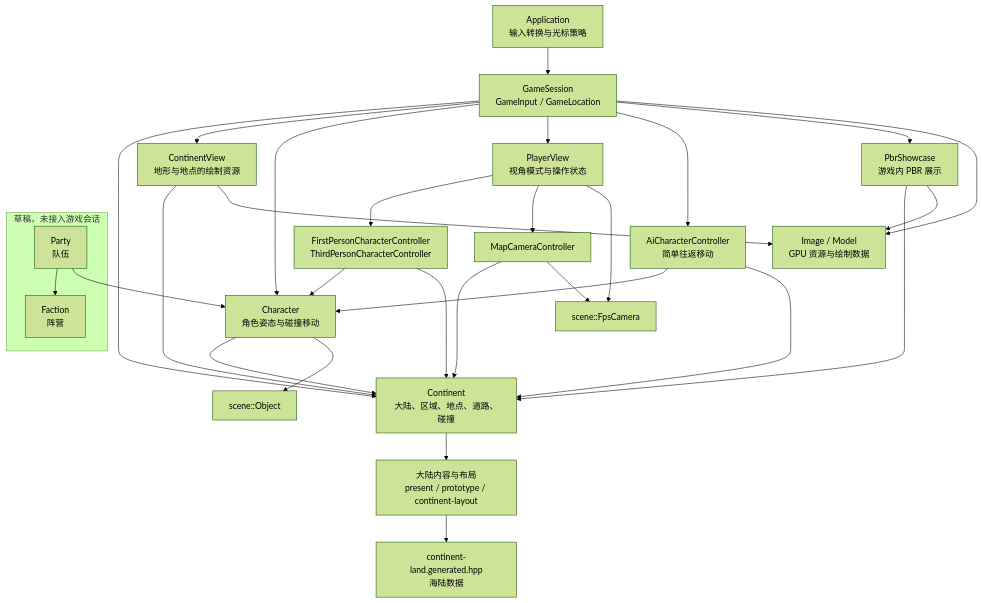
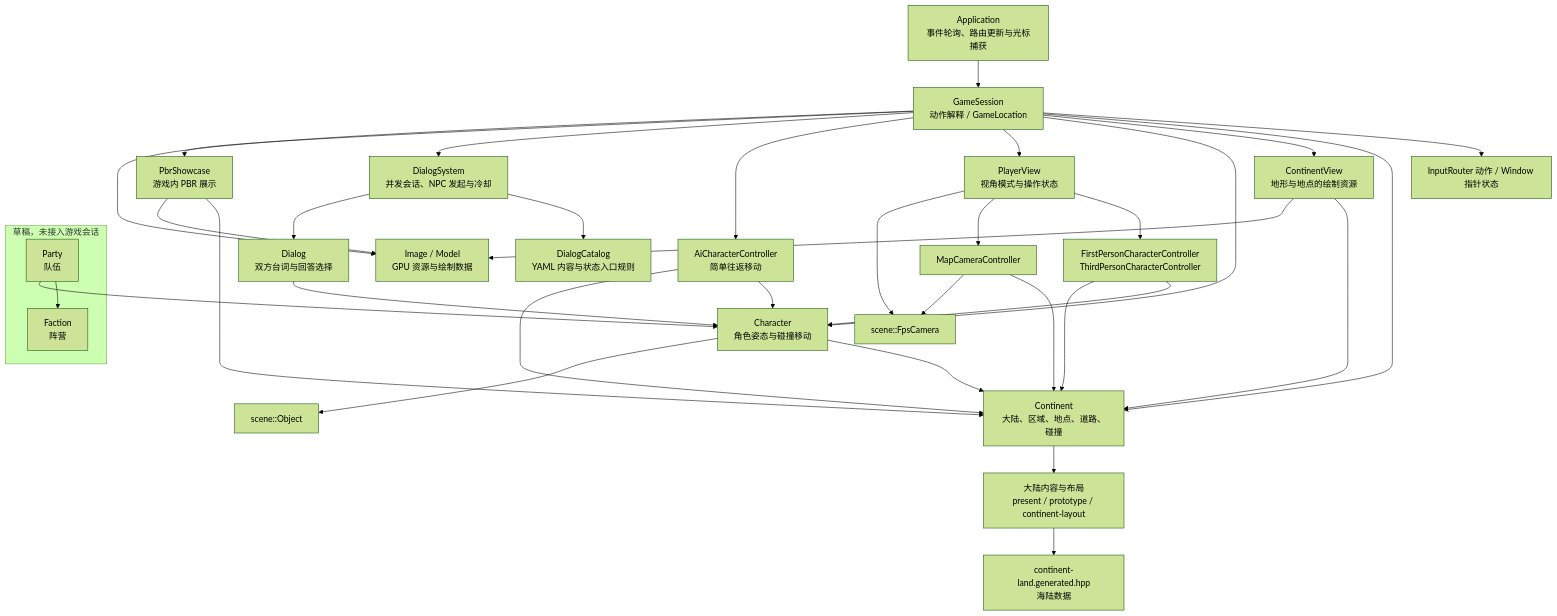
One commit to Plut084/lc1 changed the second of 10 diagrams in docs/module-dependencies.md. Above: the diagram before and after it, drawn with Mermaid (forest theme). The commit also changed other lines of this file and 70 other files, not shown here.

````diff
--- a/docs/module-dependencies.md
+++ b/docs/module-dependencies.md
@@ -67,33 +67,38 @@
 ```mermaid
 flowchart TB
-    app["Application<br/>输入转换与光标策略"] --> session["GameSession<br/>GameInput / GameLocation"]
+    app["Application<br/>事件轮询、路由更新与光标捕获"] --> session["GameSession<br/>动作解释 / GameLocation"]
+    session --> input["InputRouter 动作 / Window 指针状态"]
     session --> continent["Continent<br/>大陆、区域、地点、道路、碰撞"]
     session --> view["ContinentView<br/>地形与地点的绘制资源"]
     session --> character["Character<br/>角色姿态与碰撞移动"]
     session --> player["PlayerView<br/>视角模式与操作状态"]
     session --> ai["AiCharacterController<br/>简单往返移动"]
+    session --> dialogs["DialogSystem<br/>并发会话、NPC 发起与冷却"]
+    dialogs --> catalog["DialogCatalog<br/>YAML 内容与状态入口规则"]
+    dialogs --> dialog["Dialog<br/>双方台词与回答选择"]
+    dialog --> character
     session --> showcase["PbrShowcase<br/>游戏内 PBR 展示"]
     session --> assets["Image / Model<br/>GPU 资源与绘制数据"]
     player --> movement["FirstPersonCharacterController<br/>ThirdPersonCharacterController"]
     player --> mapcamera["MapCameraController"]
     player --> camera["scene::FpsCamera"]
     movement --> character
     movement --> continent
     mapcamera --> continent
     mapcamera --> camera
     ai --> character
     ai --> continent
     character --> continent
     character --> object["scene::Object"]
     view --> continent
     view --> assets
     showcase --> continent
     showcase --> assets
     continent --> layout["大陆内容与布局<br/>present / prototype / continent-layout"]
     layout --> land["continent-land.generated.hpp<br/>海陆数据"]
 
     subgraph drafts["草稿，未接入游戏会话"]
         party["Party<br/>队伍"] --> faction["Faction<br/>阵营"]
     end
     party --> character
 ```
````
